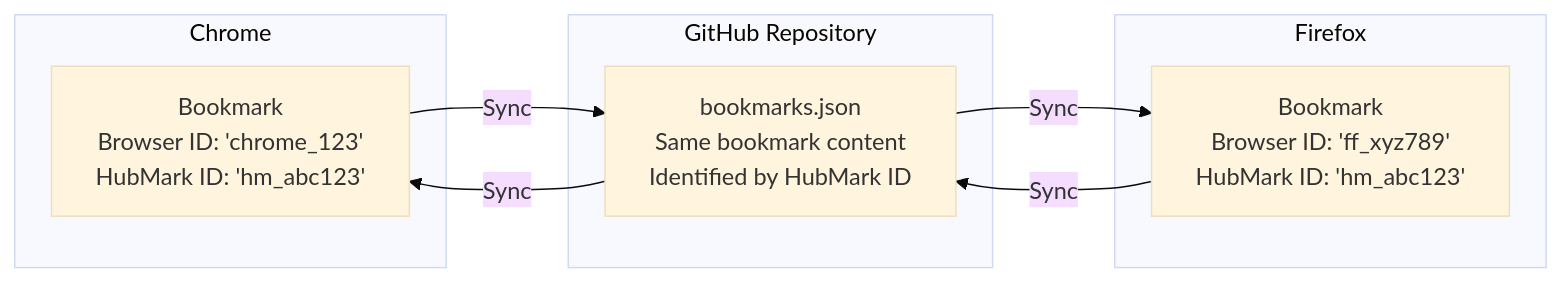
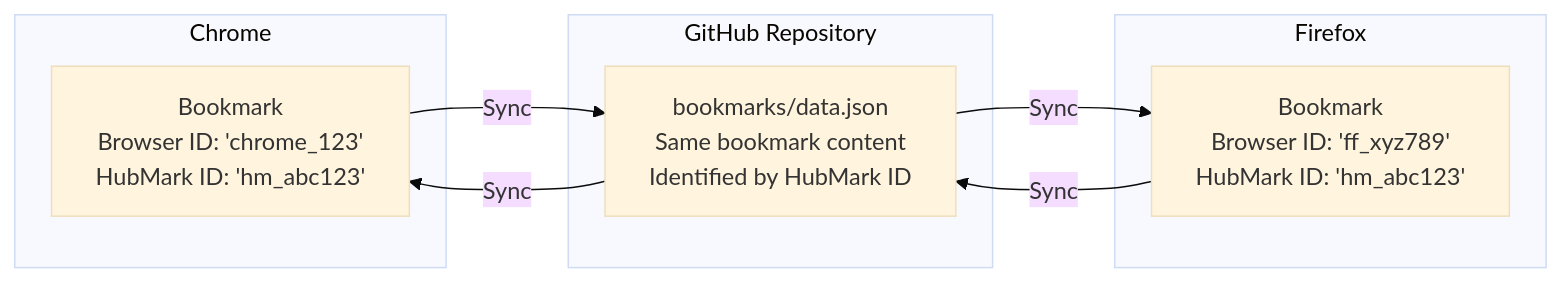
One commit to danlourenco/hubmarks changed the sixth of 14 diagrams in docs/data-flow.md. Above: the diagram before and after it, drawn with Mermaid (base theme). The commit also changed other lines of this file and 4 other files, not shown here.

First line of the commit message:
docs: standardize all paths to use bookmarks/data.json structure

````diff
--- a/docs/data-flow.md
+++ b/docs/data-flow.md
@@ -183,25 +183,25 @@
 ```mermaid
 graph LR
     subgraph "Chrome"
         A["Bookmark
         Browser ID: 'chrome_123'
         HubMark ID: 'hm_abc123'"]
     end
     
     subgraph "Firefox"  
         B["Bookmark
         Browser ID: 'ff_xyz789'
         HubMark ID: 'hm_abc123'"]
     end
     
     subgraph "GitHub Repository"
-        C["bookmarks.json
+        C["bookmarks/data.json
         Same bookmark content
         Identified by HubMark ID"]
     end
     
     A -->|Sync| C
     B -->|Sync| C
     C -->|Sync| A
     C -->|Sync| B
 ```
````
